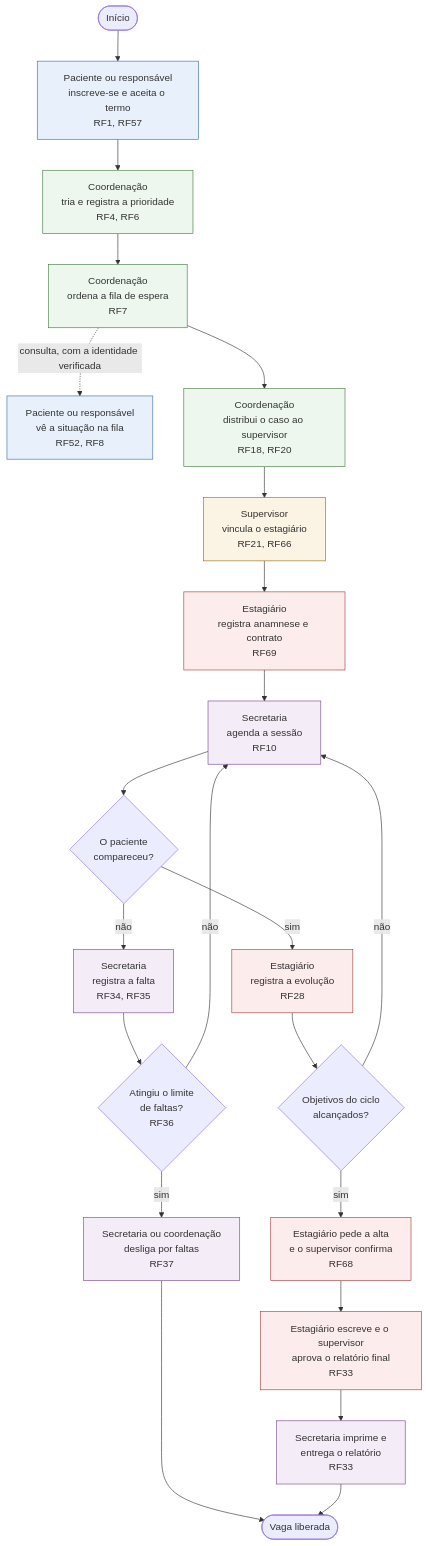
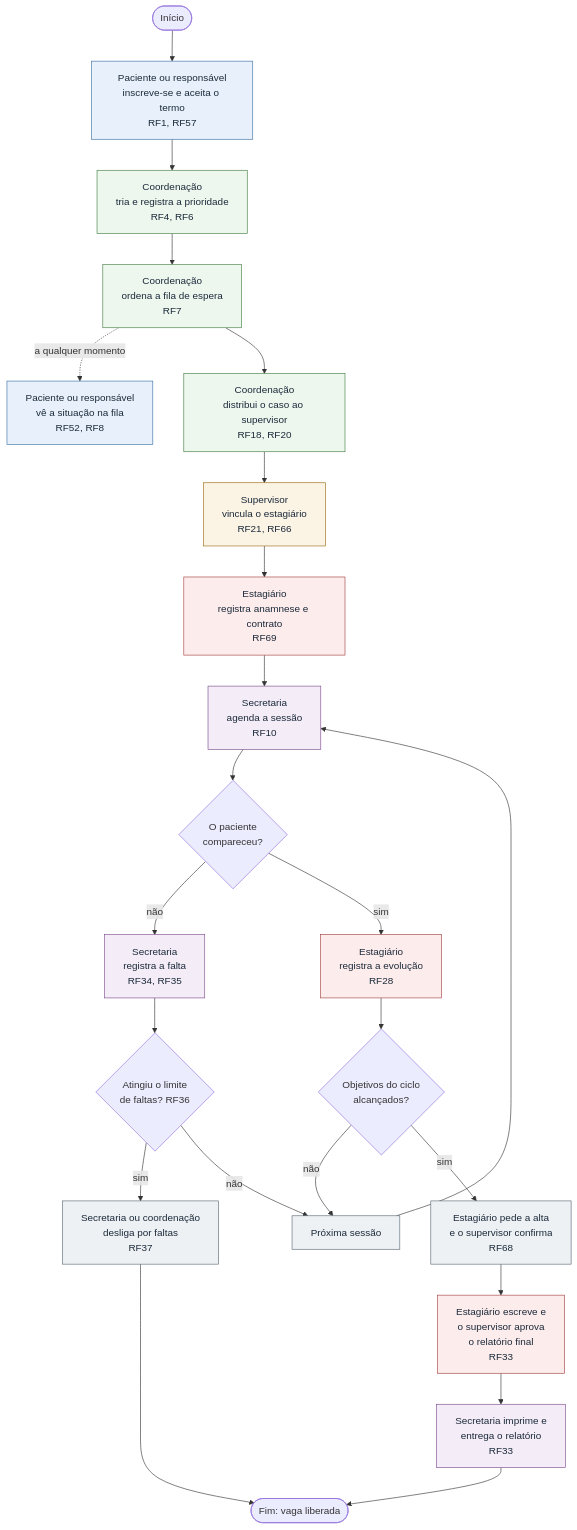
One commit to mdsreq-fga-unb/REQ-2026.2-T02-ClinicaEscolaFBr changed the diagram in documentacao/docs/requisitos/representacao.md. Above: the diagram before and after it, drawn with Mermaid. The commit also changed other lines of this file and 1 other file, not shown here.

Commit message:
docs: diagrama de atividades sem cruzamentos, com legenda e legível no celular
- Ramos reordenados e um nó "Próxima sessão" para as duas voltas ao
  agendamento, sem setas cruzando.
- Legenda das cores por perfil e cor própria para o que envolve mais de
  um perfil.
- No celular, o diagrama mantém 600 px e rola dentro da própria área,
  em vez de encolher a letra.

````diff
--- a/documentacao/docs/requisitos/representacao.md
+++ b/documentacao/docs/requisitos/representacao.md
@@ -32,34 +34,37 @@
 ```mermaid
 flowchart TD
     A([Início]) --> B["Paciente ou responsável<br>inscreve-se e aceita o termo<br>RF1, RF57"]
     B --> C["Coordenação<br>tria e registra a prioridade<br>RF4, RF6"]
     C --> D["Coordenação<br>ordena a fila de espera<br>RF7"]
-    D -.->|"consulta, com a identidade verificada"| D2["Paciente ou responsável<br>vê a situação na fila<br>RF52, RF8"]
+    D -.->|"a qualquer momento"| D2["Paciente ou responsável<br>vê a situação na fila<br>RF52, RF8"]
     D --> E["Coordenação<br>distribui o caso ao supervisor<br>RF18, RF20"]
     E --> F["Supervisor<br>vincula o estagiário<br>RF21, RF66"]
     F --> G["Estagiário<br>registra anamnese e contrato<br>RF69"]
     G --> H["Secretaria<br>agenda a sessão<br>RF10"]
     H --> I{"O paciente<br>compareceu?"}
+    I -->|"não"| K["Secretaria<br>registra a falta<br>RF34, RF35"]
     I -->|"sim"| J["Estagiário<br>registra a evolução<br>RF28"]
-    I -->|"não"| K["Secretaria<br>registra a falta<br>RF34, RF35"]
-    K --> L{"Atingiu o limite<br>de faltas?<br>RF36"}
-    L -->|"não"| H
+    K --> L{"Atingiu o limite<br>de faltas? RF36"}
+    J --> N{"Objetivos do ciclo<br>alcançados?"}
     L -->|"sim"| M["Secretaria ou coordenação<br>desliga por faltas<br>RF37"]
-    J --> N{"Objetivos do ciclo<br>alcançados?"}
-    N -->|"não"| H
+    L -->|"não"| R["Próxima sessão"]
+    N -->|"não"| R
     N -->|"sim"| O["Estagiário pede a alta<br>e o supervisor confirma<br>RF68"]
-    O --> P["Estagiário escreve e o supervisor<br>aprova o relatório final<br>RF33"]
+    R --> H
+    O --> P["Estagiário escreve e<br>o supervisor aprova<br>o relatório final<br>RF33"]
     P --> Q["Secretaria imprime e<br>entrega o relatório<br>RF33"]
-    M --> Z([Vaga liberada])
-    Q --> Z
-    classDef paciente fill:#e8f1fb,stroke:#3a6ea5;
-    classDef coordenacao fill:#eef7ee,stroke:#3f7d3f;
-    classDef supervisor fill:#fbf3e4,stroke:#9a6a12;
-    classDef secretaria fill:#f4ecf7,stroke:#7a4b8c;
-    classDef estagiario fill:#fdecec,stroke:#a33f3f;
+    Q --> Z([Fim: vaga liberada])
+    M --> Z
+    classDef paciente fill:#e8f1fb,stroke:#3a6ea5,color:#1b2a3a;
+    classDef coordenacao fill:#eef7ee,stroke:#3f7d3f,color:#1b2a3a;
+    classDef supervisor fill:#fbf3e4,stroke:#9a6a12,color:#1b2a3a;
+    classDef secretaria fill:#f4ecf7,stroke:#7a4b8c,color:#1b2a3a;
+    classDef estagiario fill:#fdecec,stroke:#a33f3f,color:#1b2a3a;
+    classDef varios fill:#eef1f4,stroke:#5b6875,color:#1b2a3a;
     class B,D2 paciente;
     class C,D,E coordenacao;
     class F supervisor;
-    class H,K,M,Q secretaria;
-    class G,J,O,P estagiario;
+    class H,K,Q secretaria;
+    class G,J,P estagiario;
+    class M,O,R varios;
 ```
````
